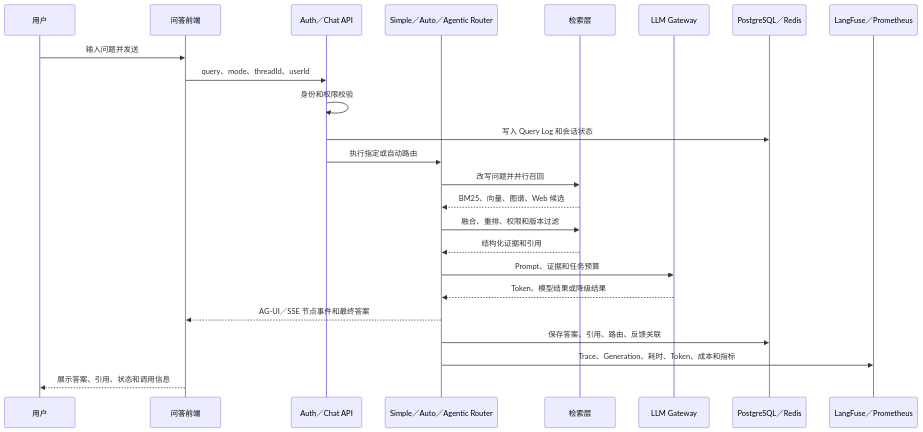
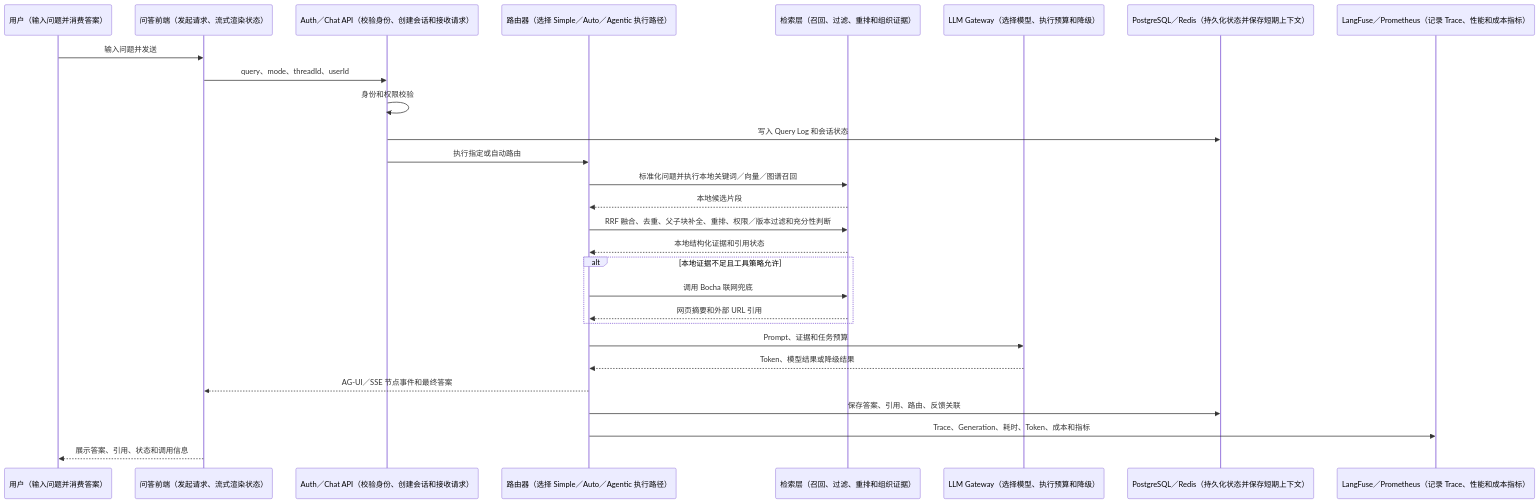
Before and after one commit to monstereatai/RAG: the fourth of 37 diagrams in docs/interview/功能步骤流程.md, drawn with Mermaid. The commit also changed other lines of this file and 21 other files, not shown here.

````diff
--- a/docs/interview/功能步骤流程.md
+++ b/docs/interview/功能步骤流程.md
@@ -522,27 +622,31 @@
 ```mermaid
 sequenceDiagram
-  participant U as 用户
-  participant F as 问答前端
-  participant A as Auth／Chat API
-  participant R as Simple／Auto／Agentic Router
-  participant S as 检索层
-  participant G as LLM Gateway
-  participant D as PostgreSQL／Redis
-  participant L as LangFuse／Prometheus
+  participant U as 用户（输入问题并消费答案）
+  participant F as 问答前端（发起请求、流式渲染状态）
+  participant A as Auth／Chat API（校验身份、创建会话和接收请求）
+  participant R as 路由器（选择 Simple／Auto／Agentic 执行路径）
+  participant S as 检索层（召回、过滤、重排和组织证据）
+  participant G as LLM Gateway（选择模型、执行预算和降级）
+  participant D as PostgreSQL／Redis（持久化状态并保存短期上下文）
+  participant L as LangFuse／Prometheus（记录 Trace、性能和成本指标）
 
   U->>F: 输入问题并发送
   F->>A: query、mode、threadId、userId
   A->>A: 身份和权限校验
   A->>D: 写入 Query Log 和会话状态
   A->>R: 执行指定或自动路由
-  R->>S: 改写问题并并行召回
-  S-->>R: BM25、向量、图谱、Web 候选
-  R->>S: 融合、重排、权限和版本过滤
-  S-->>R: 结构化证据和引用
+  R->>S: 标准化问题并执行本地关键词／向量／图谱召回
+  S-->>R: 本地候选片段
+  R->>S: RRF 融合、去重、父子块补全、重排、权限／版本过滤和充分性判断
+  S-->>R: 本地结构化证据和引用状态
+  alt 本地证据不足且工具策略允许
+    R->>S: 调用 Bocha 联网兜底
+    S-->>R: 网页摘要和外部 URL 引用
+  end
   R->>G: Prompt、证据和任务预算
   G-->>R: Token、模型结果或降级结果
   R-->>F: AG-UI／SSE 节点事件和最终答案
   R->>D: 保存答案、引用、路由、反馈关联
   R->>L: Trace、Generation、耗时、Token、成本和指标
   F-->>U: 展示答案、引用、状态和调用信息
 ```
````
